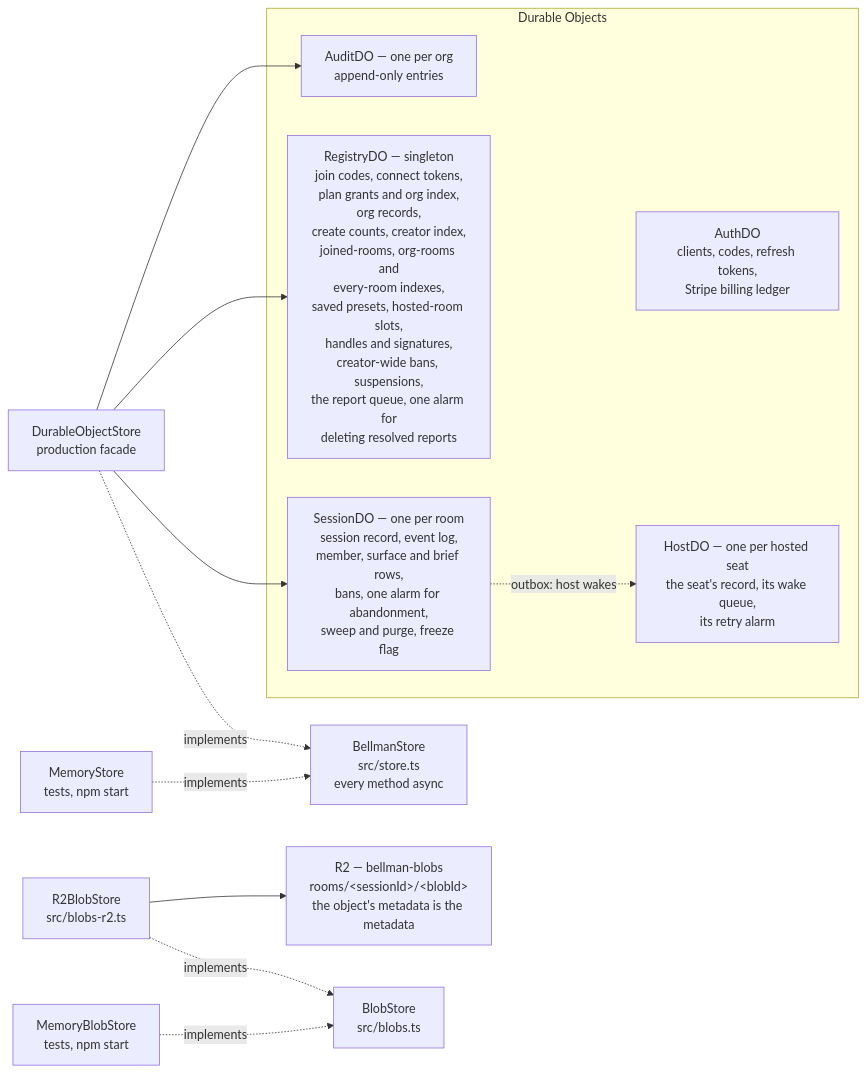
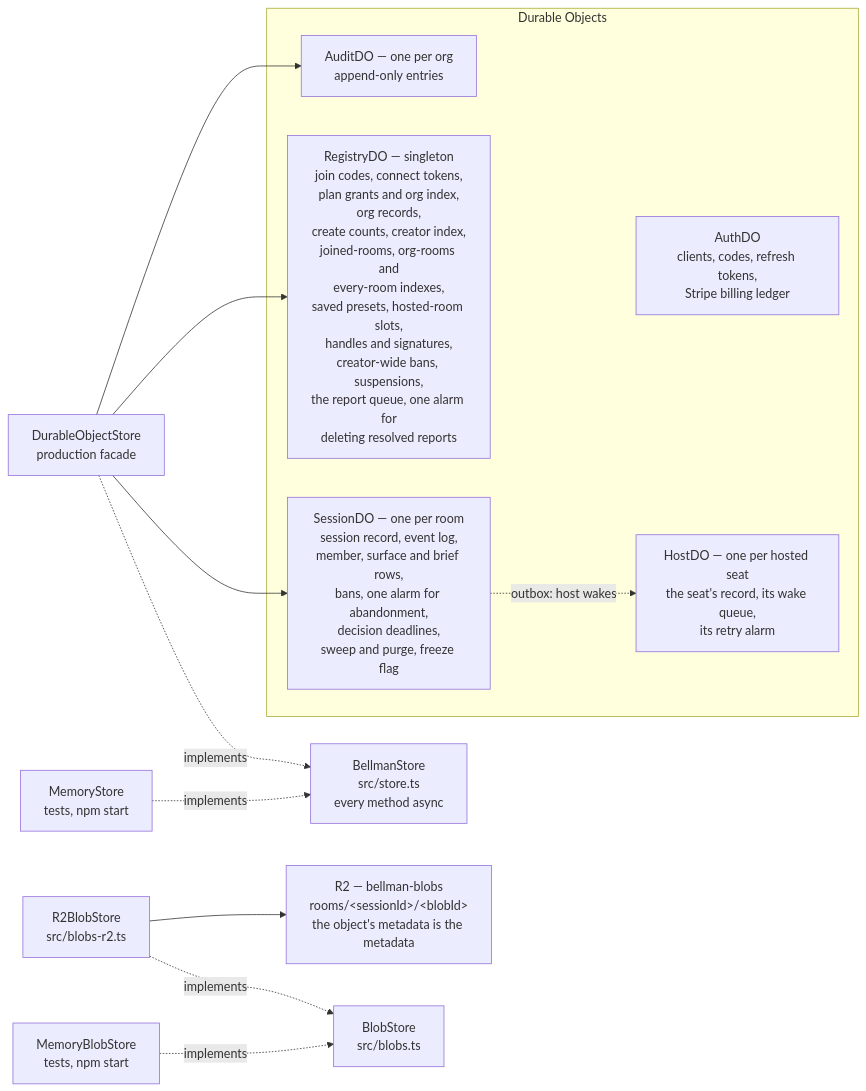
Before and after one commit to bellman-sh/bellman: the fourth of 7 diagrams in docs/ARCHITECTURE.md, drawn with Mermaid. The commit also changed 3 other files, not shown here.

Commit message:
ADR 0040 decision 22: the room's alarm closes overdue decisions; open question 6 resolved. The 1,000-append page test gets its own 30s budget

````diff
--- a/docs/ARCHITECTURE.md
+++ b/docs/ARCHITECTURE.md
@@ -603,26 +603,26 @@
 ```mermaid
 flowchart LR
     BS["BellmanStore<br/>src/store.ts<br/>every method async"]
     MEM["MemoryStore<br/>tests, npm start"] -.implements.-> BS
     DOS["DurableObjectStore<br/>production facade"] -.implements.-> BS
 
     DOS --> SDO
     DOS --> RDO
     DOS --> ADO
 
     subgraph objects["Durable Objects"]
-        SDO["SessionDO — one per room<br/>session record, event log,<br/>member, surface and brief rows,<br/>bans, one alarm for abandonment,<br/>sweep and purge, freeze flag"]
+        SDO["SessionDO — one per room<br/>session record, event log,<br/>member, surface and brief rows,<br/>bans, one alarm for abandonment,<br/>decision deadlines,<br/>sweep and purge, freeze flag"]
         RDO["RegistryDO — singleton<br/>join codes, connect tokens,<br/>plan grants and org index,<br/>org records,<br/>create counts, creator index,<br/>joined-rooms, org-rooms and<br/>every-room indexes,<br/>saved presets, hosted-room slots,<br/>handles and signatures,<br/>creator-wide bans, suspensions,<br/>the report queue, one alarm for<br/>deleting resolved reports"]
         ADO["AuditDO — one per org<br/>append-only entries"]
         AUTH["AuthDO<br/>clients, codes, refresh tokens,<br/>Stripe billing ledger"]
         HDO["HostDO — one per hosted seat<br/>the seat's record, its wake queue,<br/>its retry alarm"]
     end
 
     SDO -.->|"outbox: host wakes"| HDO
 
     BLOB["BlobStore<br/>src/blobs.ts"]
     R2["R2 — bellman-blobs<br/>rooms/&lt;sessionId&gt;/&lt;blobId&gt;<br/>the object's metadata is the metadata"]
     MEMB["MemoryBlobStore<br/>tests, npm start"] -.implements.-> BLOB
     R2S["R2BlobStore<br/>src/blobs-r2.ts"] -.implements.-> BLOB
     R2S --> R2
 ```
````
